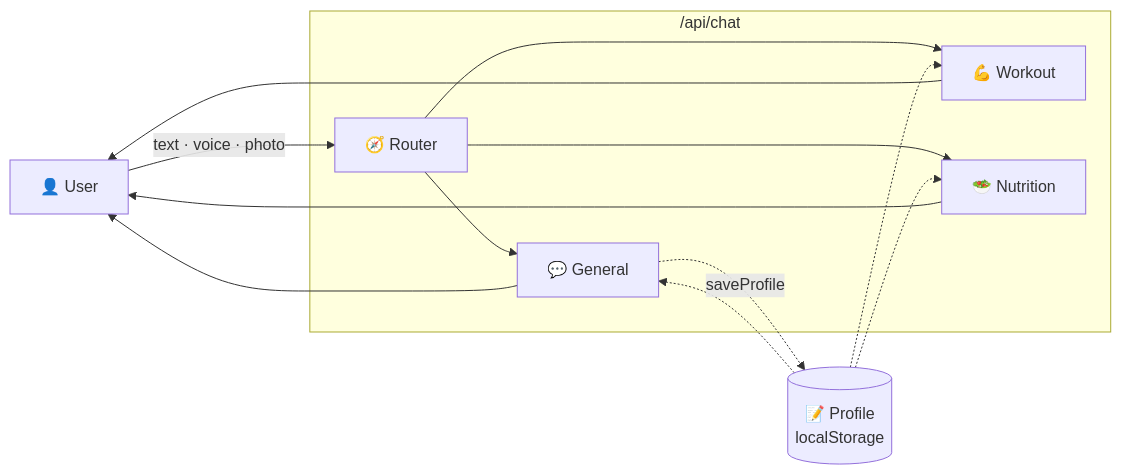
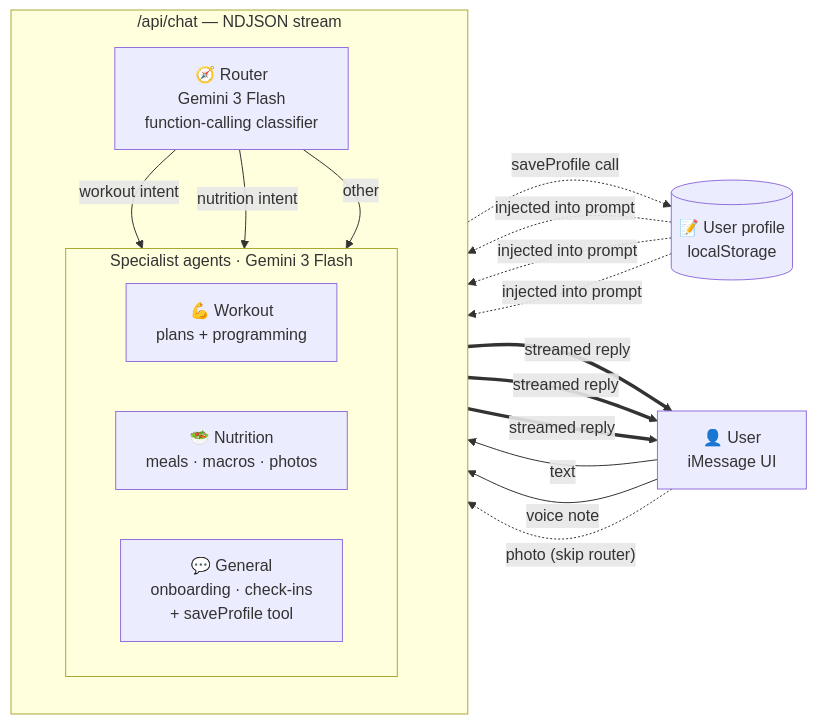
One commit to MargiShah18/kai-ai-coach changed the diagram in README.md. Above: the diagram before and after it, drawn with Mermaid.

Commit message:
readme: richer mermaid diagram with model labels, photo bypass, and tool calls
Made-with: Cursor

````diff
--- a/README.md
+++ b/README.md
@@ -7,27 +7,34 @@
 ```mermaid
 flowchart LR
-    User["👤 User"]
+    User["👤 User<br/>iMessage UI"]
 
-    subgraph API ["/api/chat"]
-        Router["🧭 Router"]
-        Workout["💪 Workout"]
-        Nutrition["🥗 Nutrition"]
-        General["💬 General"]
+    subgraph API ["/api/chat — NDJSON stream"]
+        direction TB
+        Router["🧭 Router<br/>Gemini 3 Flash<br/>function-calling classifier"]
+
+        subgraph Agents ["Specialist agents · Gemini 3 Flash"]
+            direction LR
+            Workout["💪 Workout<br/>plans + programming"]
+            Nutrition["🥗 Nutrition<br/>meals · macros · photos"]
+            General["💬 General<br/>onboarding · check-ins<br/>+ saveProfile tool"]
+        end
     end
 
-    Profile[("📝 Profile<br/>localStorage")]
+    Profile[("📝 User profile<br/>localStorage")]
 
-    User -->|"text · voice · photo"| Router
-    Router --> Workout
-    Router --> Nutrition
-    Router --> General
+    User -->|text| Router
+    User -->|voice note| Router
+    User -.->|"photo (skip router)"| Nutrition
+    Router -->|workout intent| Workout
+    Router -->|nutrition intent| Nutrition
+    Router -->|other| General
 
-    Profile -.-> Workout
-    Profile -.-> Nutrition
-    Profile -.-> General
-    General -.->|saveProfile| Profile
+    Profile -. injected into prompt .-> Workout
+    Profile -. injected into prompt .-> Nutrition
+    Profile -. injected into prompt .-> General
+    General -.->|saveProfile call| Profile
 
-    Workout --> User
-    Nutrition --> User
-    General --> User
+    Workout ==>|streamed reply| User
+    Nutrition ==>|streamed reply| User
+    General ==>|streamed reply| User
 ```
````
